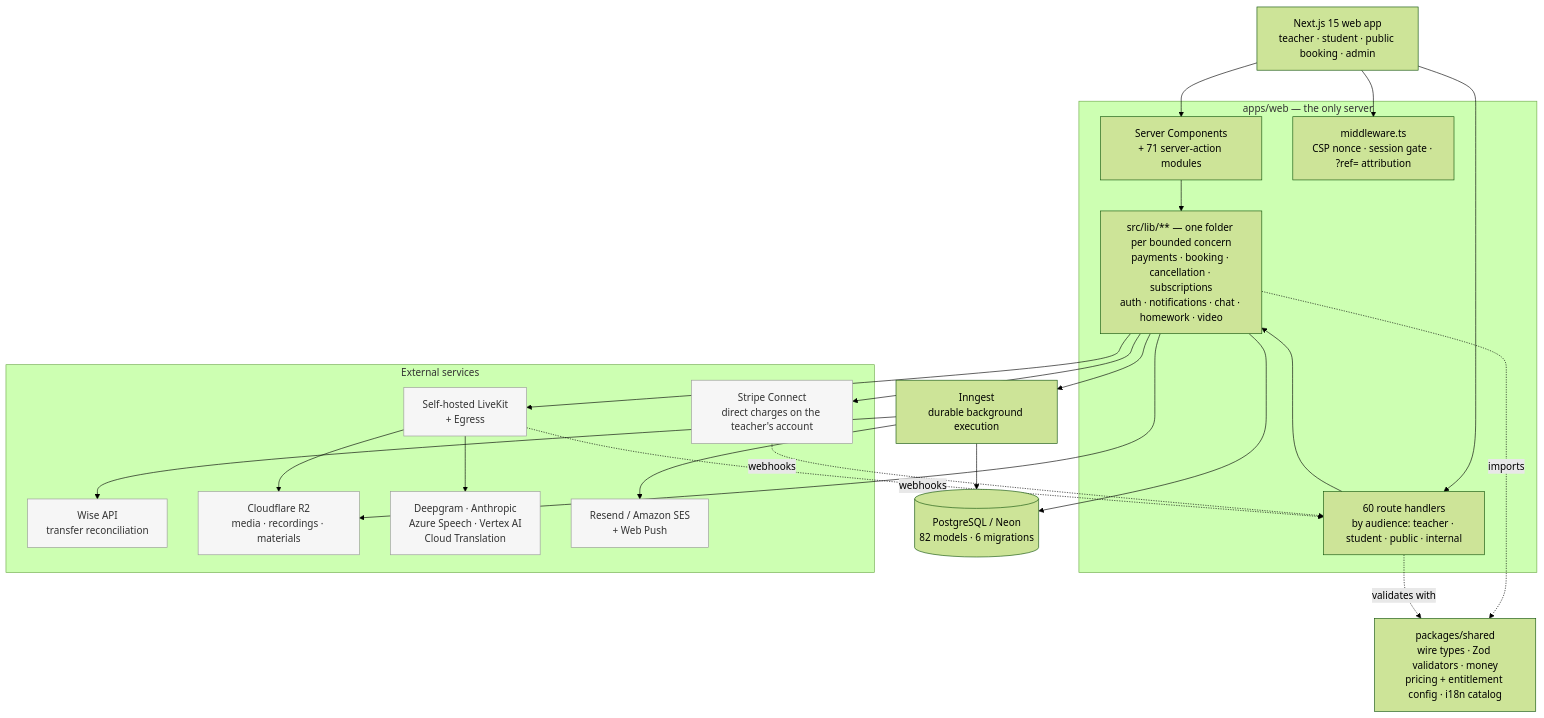
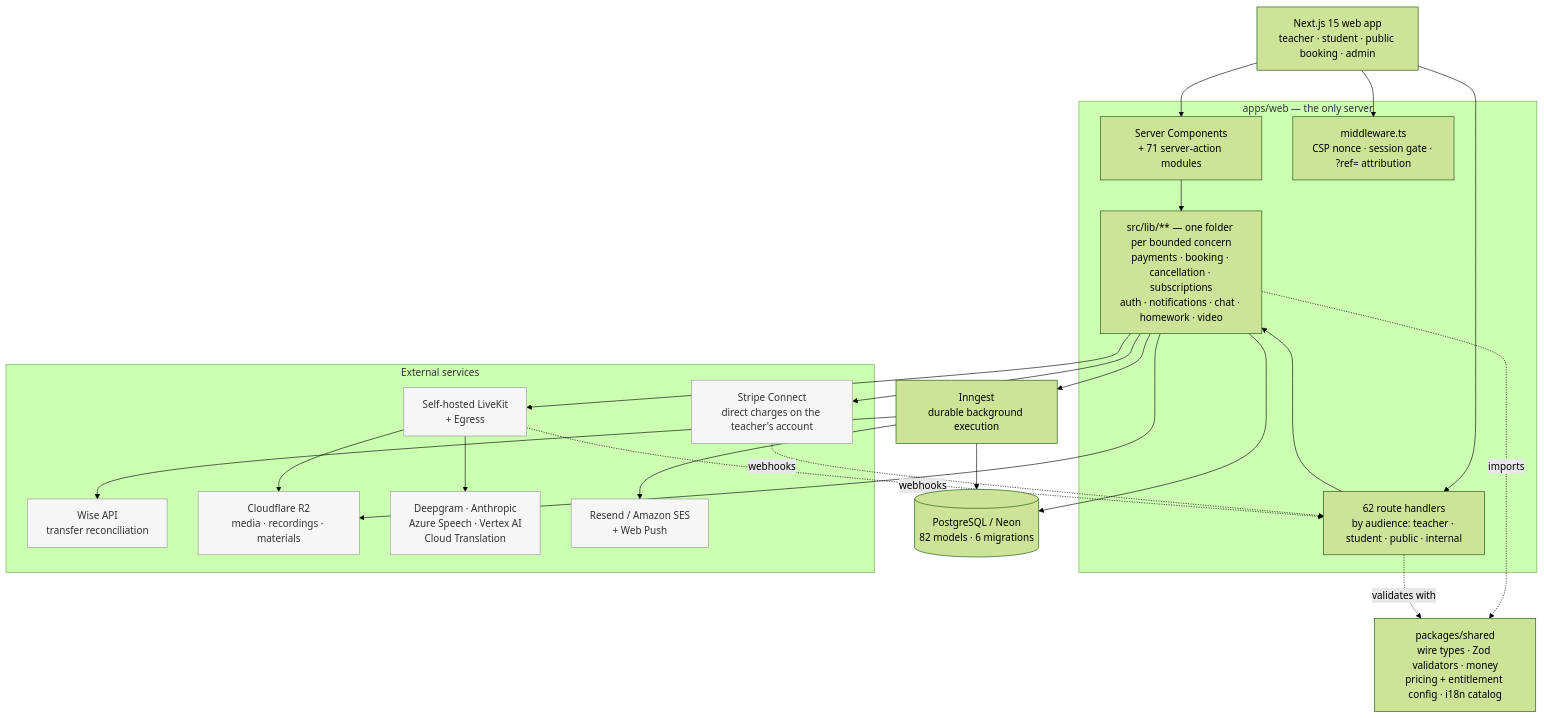
The first of 2 diagrams in README.md (jaystewartuk/spiralclass), drawn with Mermaid (forest theme) before and after one commit. The commit also changed 44 other files, not shown here.

````diff
--- a/README.md
+++ b/README.md
@@ -131,48 +131,48 @@
 ```mermaid
 graph TB
     WEB["Next.js 15 web app<br/>teacher · student · public booking · admin"]
 
     subgraph app["apps/web — the only server"]
         RSC["Server Components<br/>+ 71 server-action modules"]
-        API["60 route handlers<br/>by audience: teacher · student · public · internal"]
+        API["62 route handlers<br/>by audience: teacher · student · public · internal"]
         MW["middleware.ts<br/>CSP nonce · session gate · ?ref= attribution"]
         LIB["src/lib/** — one folder per bounded concern<br/>payments · booking · cancellation · subscriptions<br/>auth · notifications · chat · homework · video"]
     end
 
     SH["packages/shared<br/>wire types · Zod validators · money<br/>pricing + entitlement config · i18n catalog"]
 
     DB[("PostgreSQL / Neon<br/>82 models · 6 migrations")]
     JOBS["Inngest<br/>durable background execution"]
 
     subgraph external["External services"]
         STRIPE["Stripe Connect<br/>direct charges on the teacher's account"]
         WISE["Wise API<br/>transfer reconciliation"]
         LK["Self-hosted LiveKit<br/>+ Egress"]
         R2["Cloudflare R2<br/>media · recordings · materials"]
         AI["Deepgram · Anthropic<br/>Azure Speech · Vertex AI<br/>Cloud Translation"]
         MAIL["Resend / Amazon SES<br/>+ Web Push"]
     end
 
     WEB --> MW
     WEB --> RSC
     WEB --> API
     RSC --> LIB
     API --> LIB
     LIB --> DB
     LIB --> JOBS
     JOBS --> DB
     JOBS --> MAIL
     LIB --> STRIPE
     JOBS --> WISE
     LIB --> LK
     LK --> R2
     LK --> AI
     LIB --> R2
     LIB -.imports.-> SH
     API -.validates with.-> SH
     STRIPE -.webhooks.-> API
     LK -.webhooks.-> API
 
     classDef ext fill:#f6f6f6,stroke:#999,color:#333
     class STRIPE,WISE,LK,R2,AI,MAIL ext
 ```
````
